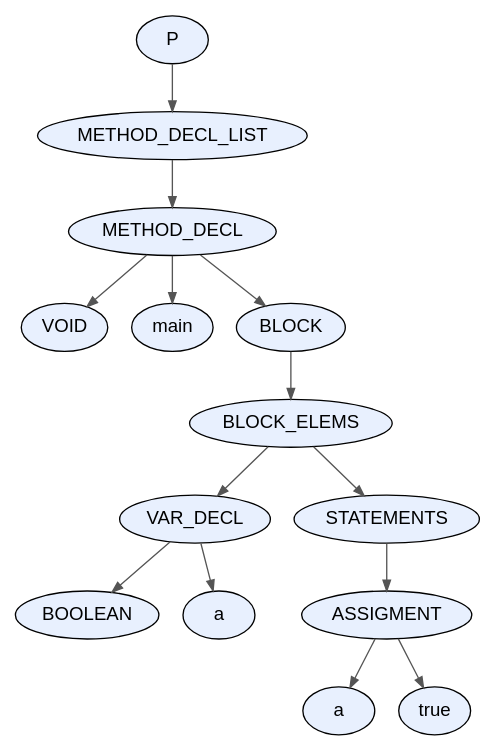
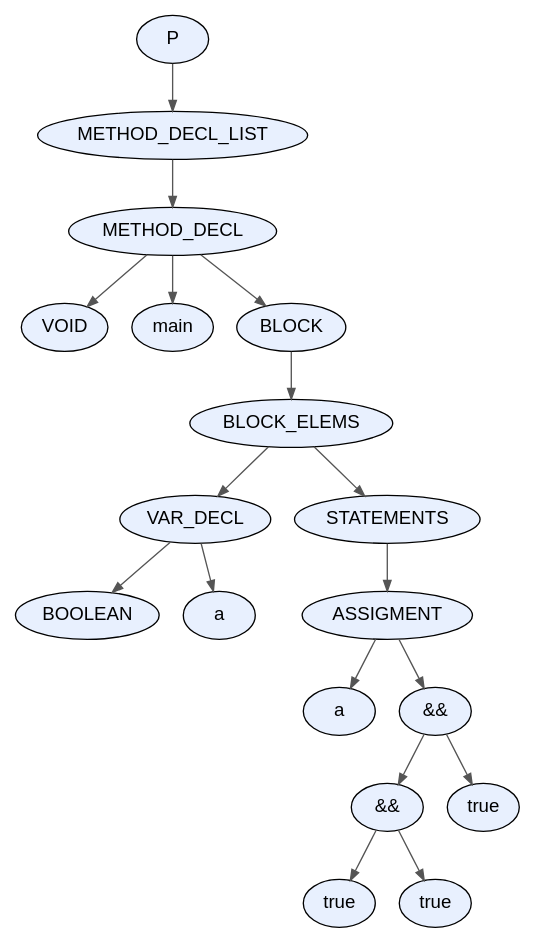
Before and after one commit to facundo-dario-loser/TDS2026: the diagram in proyecto/dot_files/test12.dot, drawn with Graphviz. The commit also changed 53 other files, not shown here.

```diff
--- a/proyecto/dot_files/test12.dot
+++ b/proyecto/dot_files/test12.dot
@@ -1,31 +1,39 @@
 digraph AST {
   node [fontname="Arial"];
   edge [arrowsize=0.8, color="#555555"];
-  "node_0x5fb42ad7cb40" [label="P", style=filled, fillcolor="#E8F0FE", shape=ellipse, style="rounded,filled"];
-  "node_0x5fb42ad7cb40" -> "node_0x5fb42ad7caf0";
-  "node_0x5fb42ad7caf0" [label="METHOD_DECL_LIST", style=filled, fillcolor="#E8F0FE", shape=ellipse, style="rounded,filled"];
-  "node_0x5fb42ad7caf0" -> "node_0x5fb42ad7caa0";
-  "node_0x5fb42ad7caa0" [label="METHOD_DECL", style=filled, fillcolor="#E8F0FE", shape=ellipse, style="rounded,filled"];
-  "node_0x5fb42ad7caa0" -> "node_0x5fb42ad7c9e0";
-  "node_0x5fb42ad7c9e0" [label="VOID", style=filled, fillcolor="#E8F0FE", shape=ellipse, style="rounded,filled"];
-  "node_0x5fb42ad7caa0" -> "node_0x5fb42ad7ca30";
-  "node_0x5fb42ad7ca30" [label="main", style=filled, fillcolor="#E8F0FE", shape=ellipse, style="rounded,filled"];
-  "node_0x5fb42ad7caa0" -> "node_0x5fb42ad7c990";
-  "node_0x5fb42ad7c990" [label="BLOCK", style=filled, fillcolor="#E8F0FE", shape=ellipse, style="rounded,filled"];
-  "node_0x5fb42ad7c990" -> "node_0x5fb42ad7c940";
-  "node_0x5fb42ad7c940" [label="BLOCK_ELEMS", style=filled, fillcolor="#E8F0FE", shape=ellipse, style="rounded,filled"];
-  "node_0x5fb42ad7c940" -> "node_0x5fb42ad7c630";
-  "node_0x5fb42ad7c630" [label="VAR_DECL", style=filled, fillcolor="#E8F0FE", shape=ellipse, style="rounded,filled"];
-  "node_0x5fb42ad7c630" -> "node_0x5fb42ad7c550";
-  "node_0x5fb42ad7c550" [label="BOOLEAN", style=filled, fillcolor="#E8F0FE", shape=ellipse, style="rounded,filled"];
-  "node_0x5fb42ad7c630" -> "node_0x5fb42ad7c5c0";
-  "node_0x5fb42ad7c5c0" [label="a", style=filled, fillcolor="#E8F0FE", shape=ellipse, style="rounded,filled"];
-  "node_0x5fb42ad7c940" -> "node_0x5fb42ad7c8f0";
-  "node_0x5fb42ad7c8f0" [label="STATEMENTS", style=filled, fillcolor="#E8F0FE", shape=ellipse, style="rounded,filled"];
-  "node_0x5fb42ad7c8f0" -> "node_0x5fb42ad7c8a0";
-  "node_0x5fb42ad7c8a0" [label="ASSIGMENT", style=filled, fillcolor="#E8F0FE", shape=ellipse, style="rounded,filled"];
-  "node_0x5fb42ad7c8a0" -> "node_0x5fb42ad7c830";
-  "node_0x5fb42ad7c830" [label="a", style=filled, fillcolor="#E8F0FE", shape=ellipse, style="rounded,filled"];
-  "node_0x5fb42ad7c8a0" -> "node_0x5fb42ad7d340";
-  "node_0x5fb42ad7d340" [label="true", style=filled, fillcolor="#E8F0FE", shape=ellipse, style="rounded,filled"];
+  "node_0x60c03fb6df50" [label="P", style=filled, fillcolor="#E8F0FE", shape=ellipse, style="rounded,filled"];
+  "node_0x60c03fb6df50" -> "node_0x60c03fb6df00";
+  "node_0x60c03fb6df00" [label="METHOD_DECL_LIST", style=filled, fillcolor="#E8F0FE", shape=ellipse, style="rounded,filled"];
+  "node_0x60c03fb6df00" -> "node_0x60c03fb6deb0";
+  "node_0x60c03fb6deb0" [label="METHOD_DECL", style=filled, fillcolor="#E8F0FE", shape=ellipse, style="rounded,filled"];
+  "node_0x60c03fb6deb0" -> "node_0x60c03fb6ddf0";
+  "node_0x60c03fb6ddf0" [label="VOID", style=filled, fillcolor="#E8F0FE", shape=ellipse, style="rounded,filled"];
+  "node_0x60c03fb6deb0" -> "node_0x60c03fb6de40";
+  "node_0x60c03fb6de40" [label="main", style=filled, fillcolor="#E8F0FE", shape=ellipse, style="rounded,filled"];
+  "node_0x60c03fb6deb0" -> "node_0x60c03fb6dda0";
+  "node_0x60c03fb6dda0" [label="BLOCK", style=filled, fillcolor="#E8F0FE", shape=ellipse, style="rounded,filled"];
+  "node_0x60c03fb6dda0" -> "node_0x60c03fb6dd50";
+  "node_0x60c03fb6dd50" [label="BLOCK_ELEMS", style=filled, fillcolor="#E8F0FE", shape=ellipse, style="rounded,filled"];
+  "node_0x60c03fb6dd50" -> "node_0x60c03fb6da40";
+  "node_0x60c03fb6da40" [label="VAR_DECL", style=filled, fillcolor="#E8F0FE", shape=ellipse, style="rounded,filled"];
+  "node_0x60c03fb6da40" -> "node_0x60c03fb6d960";
+  "node_0x60c03fb6d960" [label="BOOLEAN", style=filled, fillcolor="#E8F0FE", shape=ellipse, style="rounded,filled"];
+  "node_0x60c03fb6da40" -> "node_0x60c03fb6d9d0";
+  "node_0x60c03fb6d9d0" [label="a", style=filled, fillcolor="#E8F0FE", shape=ellipse, style="rounded,filled"];
+  "node_0x60c03fb6dd50" -> "node_0x60c03fb6dd00";
+  "node_0x60c03fb6dd00" [label="STATEMENTS", style=filled, fillcolor="#E8F0FE", shape=ellipse, style="rounded,filled"];
+  "node_0x60c03fb6dd00" -> "node_0x60c03fb6dcb0";
+  "node_0x60c03fb6dcb0" [label="ASSIGMENT", style=filled, fillcolor="#E8F0FE", shape=ellipse, style="rounded,filled"];
+  "node_0x60c03fb6dcb0" -> "node_0x60c03fb6dc40";
+  "node_0x60c03fb6dc40" [label="a", style=filled, fillcolor="#E8F0FE", shape=ellipse, style="rounded,filled"];
+  "node_0x60c03fb6dcb0" -> "node_0x60c03fb6dbf0";
+  "node_0x60c03fb6dbf0" [label="&&", style=filled, fillcolor="#E8F0FE", shape=ellipse, style="rounded,filled"];
+  "node_0x60c03fb6dbf0" -> "node_0x60c03fb6db50";
+  "node_0x60c03fb6db50" [label="&&", style=filled, fillcolor="#E8F0FE", shape=ellipse, style="rounded,filled"];
+  "node_0x60c03fb6db50" -> "node_0x60c03fb6dab0";
+  "node_0x60c03fb6dab0" [label="true", style=filled, fillcolor="#E8F0FE", shape=ellipse, style="rounded,filled"];
+  "node_0x60c03fb6db50" -> "node_0x60c03fb6db00";
+  "node_0x60c03fb6db00" [label="true", style=filled, fillcolor="#E8F0FE", shape=ellipse, style="rounded,filled"];
+  "node_0x60c03fb6dbf0" -> "node_0x60c03fb6dba0";
+  "node_0x60c03fb6dba0" [label="true", style=filled, fillcolor="#E8F0FE", shape=ellipse, style="rounded,filled"];
 }
```
